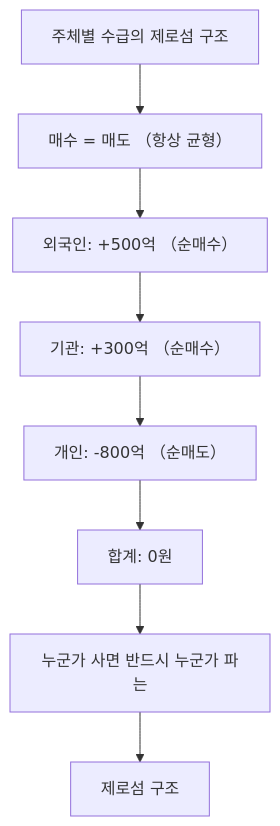
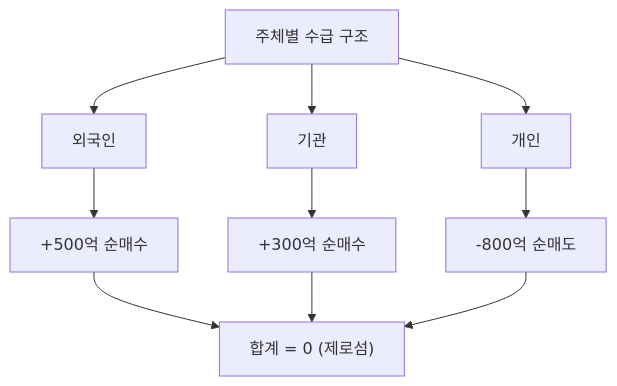
Before and after one commit to yeongseon/stock-visual-note: the diagram in content/stock-terms/ko/level-02-market-trading/individual-net-buying.md, drawn with Mermaid. The commit also changed other lines of this file and 96 other files, not shown here.

Commit message:
Rewrite all 98 remaining articles: branching Mermaid diagrams, natural search_intent, compelling seo_titles, clean descriptions

````diff
--- a/content/stock-terms/ko/level-02-market-trading/individual-net-buying.md
+++ b/content/stock-terms/ko/level-02-market-trading/individual-net-buying.md
@@ -53,18 +53,13 @@
 ```mermaid
 graph TD
-    N0["주체별 수급의 제로섬 구조"]
-    N1["매수 = 매도 （항상 균형）"]
-    N2["외국인: +500억 （순매수）"]
-    N3["기관: +300억 （순매수）"]
-    N4["개인: -800억 （순매도）"]
-    N5["합계: 0원"]
-    N6["누군가 사면 반드시 누군가 파는"]
-    N7["제로섬 구조"]
-    N0 --> N1
-    N1 --> N2
-    N2 --> N3
-    N3 --> N4
-    N4 --> N5
-    N5 --> N6
-    N6 --> N7
+    A["주체별 수급 구조"]
+    A --> B["외국인"]
+    A --> C["기관"]
+    A --> D["개인"]
+    B --> E["+500억 순매수"]
+    C --> F["+300억 순매수"]
+    D --> G["-800억 순매도"]
+    E --> H["합계 = 0 (제로섬)"]
+    F --> H
+    G --> H
 ```
````
